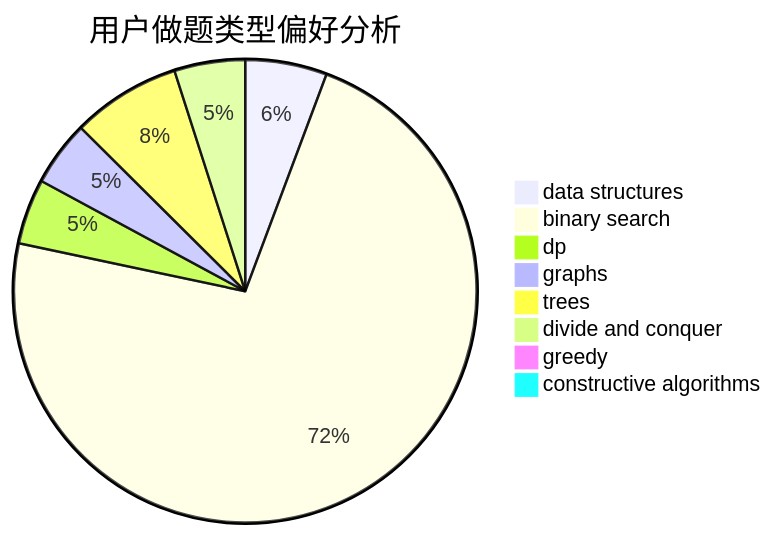
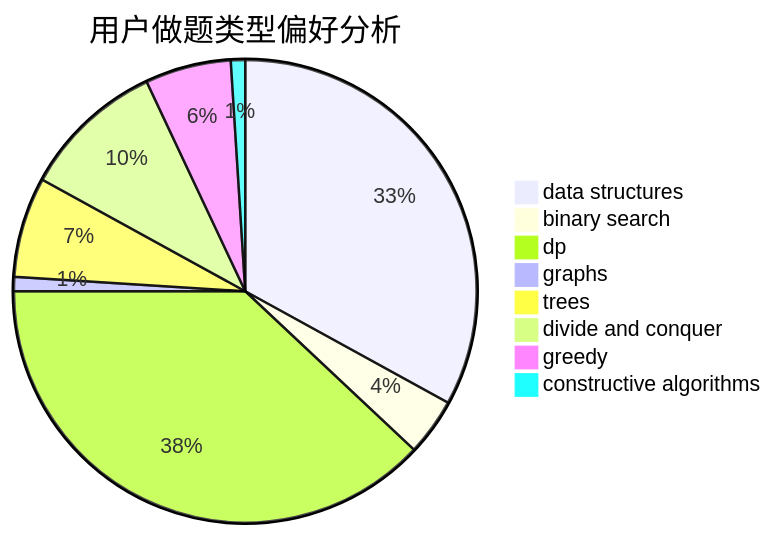
Before and after one commit to sherpahu/cfrs.github.io: the second of 3 diagrams in docs/user/u2475.md, drawn with Mermaid. The commit also changed other lines of this file and 2770 other files, not shown here.

````diff
--- a/docs/user/u2475.md
+++ b/docs/user/u2475.md
@@ -23,11 +23,11 @@
 ```mermaid
 pie title 用户做题类型偏好分析
-    "data structures" :  15
-    "binary search" :  191
-    "dp" :  12
-    "graphs" :  12
-    "trees" :  20
-    "divide and conquer" :  13
-    "greedy" :  1
-    "constructive algorithms" :  0
+    "data structures" :  33
+    "binary search" :  4
+    "dp" :  38
+    "graphs" :  1
+    "trees" :  7
+    "divide and conquer" :  10
+    "greedy" :  6
+    "constructive algorithms" :  1
 ```
````
